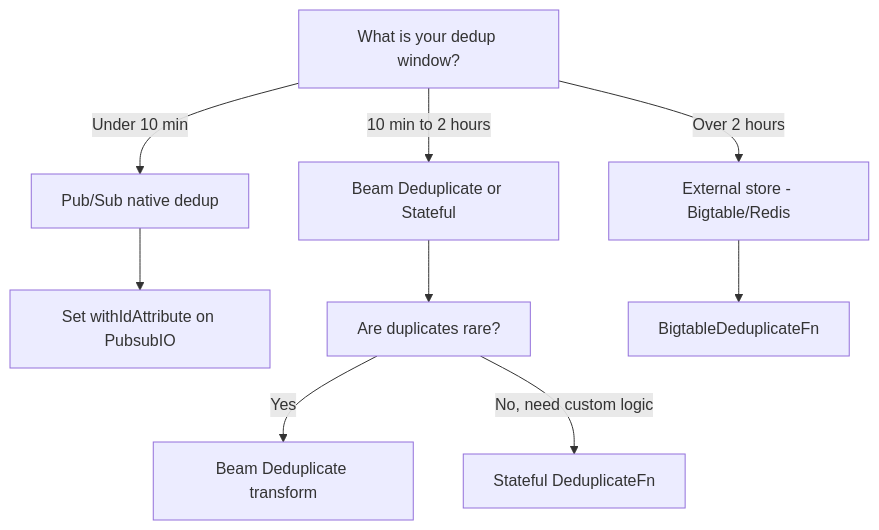
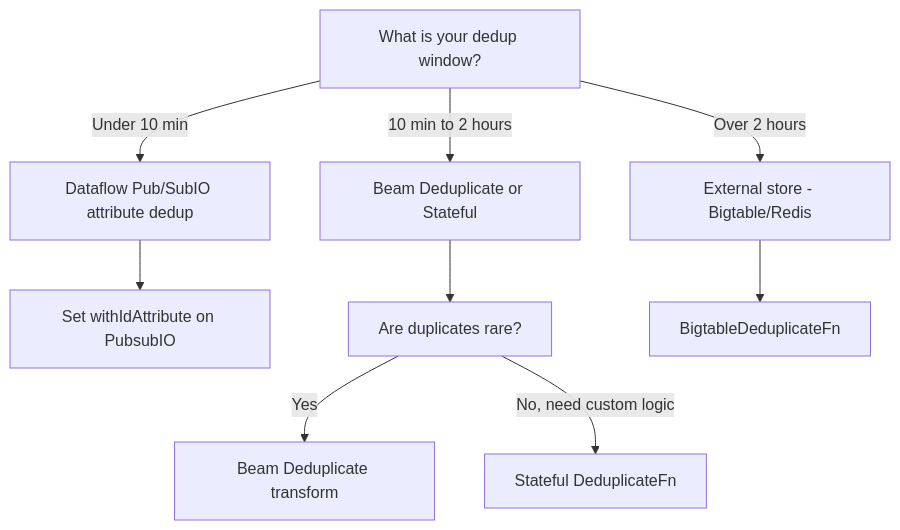
Before and after one commit to OneUptime/blog: the diagram in posts/2026-02-17-how-to-implement-deduplication-in-dataflow-streaming-pipelines/README.md, drawn with Mermaid. The commit also changed other lines of this file and 2 other files, not shown here.

Commit message:
validate: 2026-02-17-how-to-implement-deduplication-in-dataflow-streaming-pipelines

````diff
--- a/posts/2026-02-17-how-to-implement-deduplication-in-dataflow-streaming-pipelines/README.md
+++ b/posts/2026-02-17-how-to-implement-deduplication-in-dataflow-streaming-pipelines/README.md
@@ -190,12 +192,12 @@
 ```mermaid
 flowchart TD
-    A[What is your dedup window?] -->|Under 10 min| B[Pub/Sub native dedup]
+    A[What is your dedup window?] -->|Under 10 min| B[Dataflow Pub/SubIO attribute dedup]
     A -->|10 min to 2 hours| C[Beam Deduplicate or Stateful]
     A -->|Over 2 hours| D[External store - Bigtable/Redis]
 
     B --> E[Set withIdAttribute on PubsubIO]
     C --> F[Are duplicates rare?]
     F -->|Yes| G[Beam Deduplicate transform]
     F -->|No, need custom logic| H[Stateful DeduplicateFn]
     D --> I[BigtableDeduplicateFn]
 ```
````
